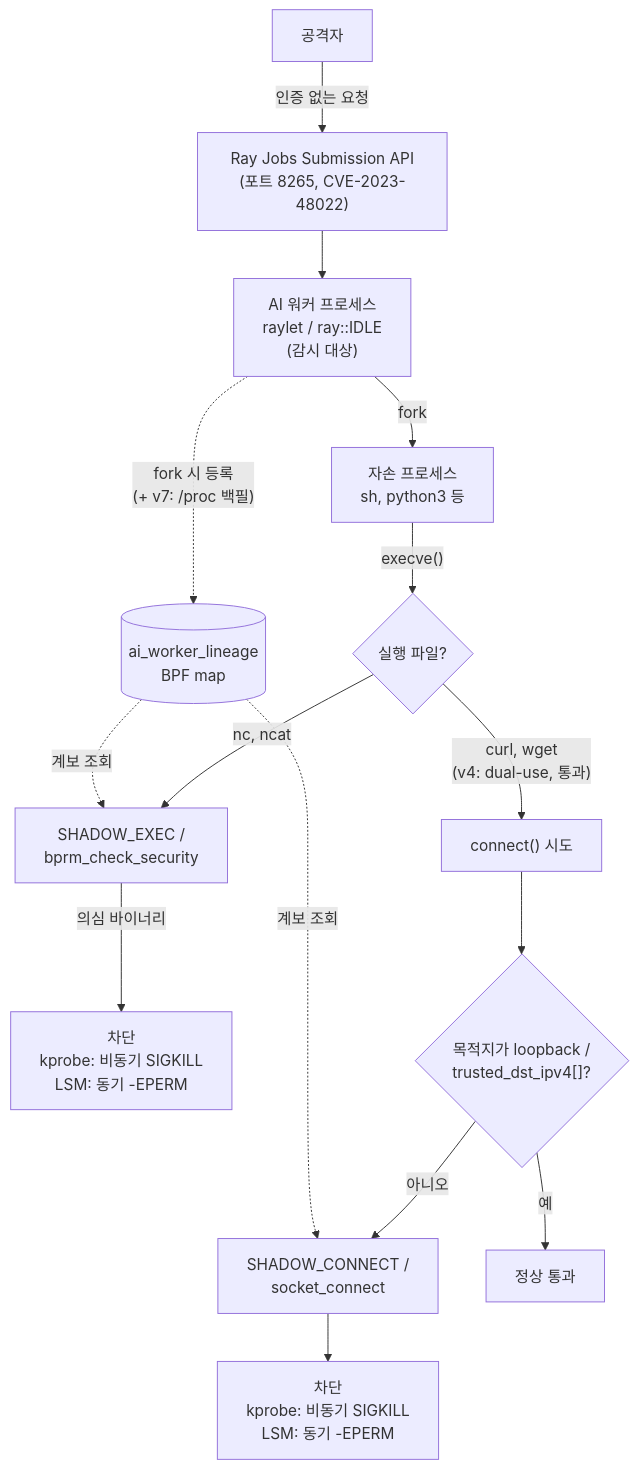
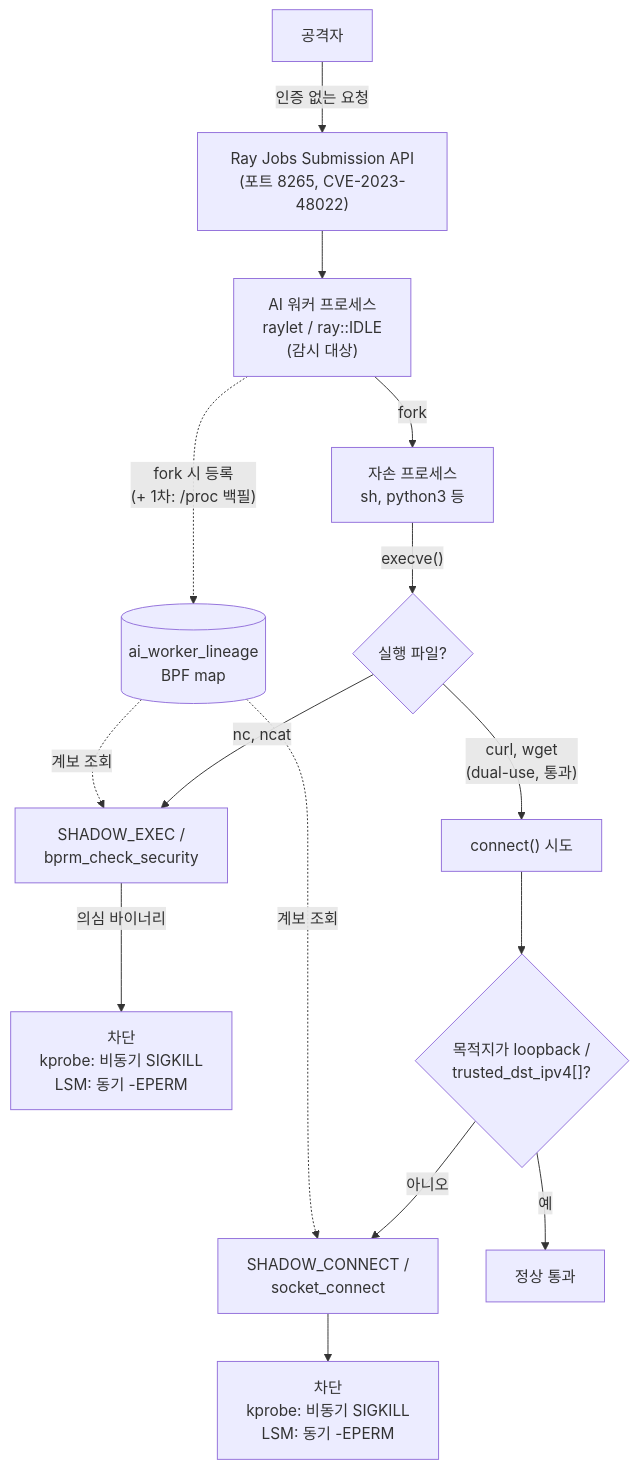
The diagram in paper_draft.md (sangheon-lee1028/kShield-VirtualPatch), drawn with Mermaid before and after one commit. The commit also changed other lines of this file and 7 other files, not shown here.

````diff
--- a/paper_draft.md
+++ b/paper_draft.md
@@ -187,22 +171,22 @@
 ```mermaid
 flowchart TD
     ATK["공격자"] -->|"인증 없는 요청"| API["Ray Jobs Submission API<br/>(포트 8265, CVE-2023-48022)"]
     API --> W["AI 워커 프로세스<br/>raylet / ray::IDLE<br/>(감시 대상)"]
     W -->|"fork"| D["자손 프로세스<br/>sh, python3 등"]
 
     D -->|"execve()"| BIN{"실행 파일?"}
     BIN -->|"nc, ncat"| EXECHOOK["SHADOW_EXEC /<br/>bprm_check_security"]
-    BIN -->|"curl, wget<br/>(v4: dual-use, 통과)"| CONN["connect() 시도"]
+    BIN -->|"curl, wget<br/>(dual-use, 통과)"| CONN["connect() 시도"]
 
     EXECHOOK -->|"의심 바이너리"| BLOCK1["차단<br/>kprobe: 비동기 SIGKILL<br/>LSM: 동기 -EPERM"]
 
     CONN --> DST{"목적지가 loopback /<br/>trusted_dst_ipv4[]?"}
     DST -->|"아니오"| CONNHOOK["SHADOW_CONNECT /<br/>socket_connect"]
     DST -->|"예"| PASS["정상 통과"]
     CONNHOOK --> BLOCK2["차단<br/>kprobe: 비동기 SIGKILL<br/>LSM: 동기 -EPERM"]
 
     LIN[("ai_worker_lineage<br/>BPF map")]
-    W -.->|"fork 시 등록<br/>(+ v7: /proc 백필)"| LIN
+    W -.->|"fork 시 등록<br/>(+ 1차: /proc 백필)"| LIN
     LIN -.->|"계보 조회"| EXECHOOK
     LIN -.->|"계보 조회"| CONNHOOK
 ```
````
